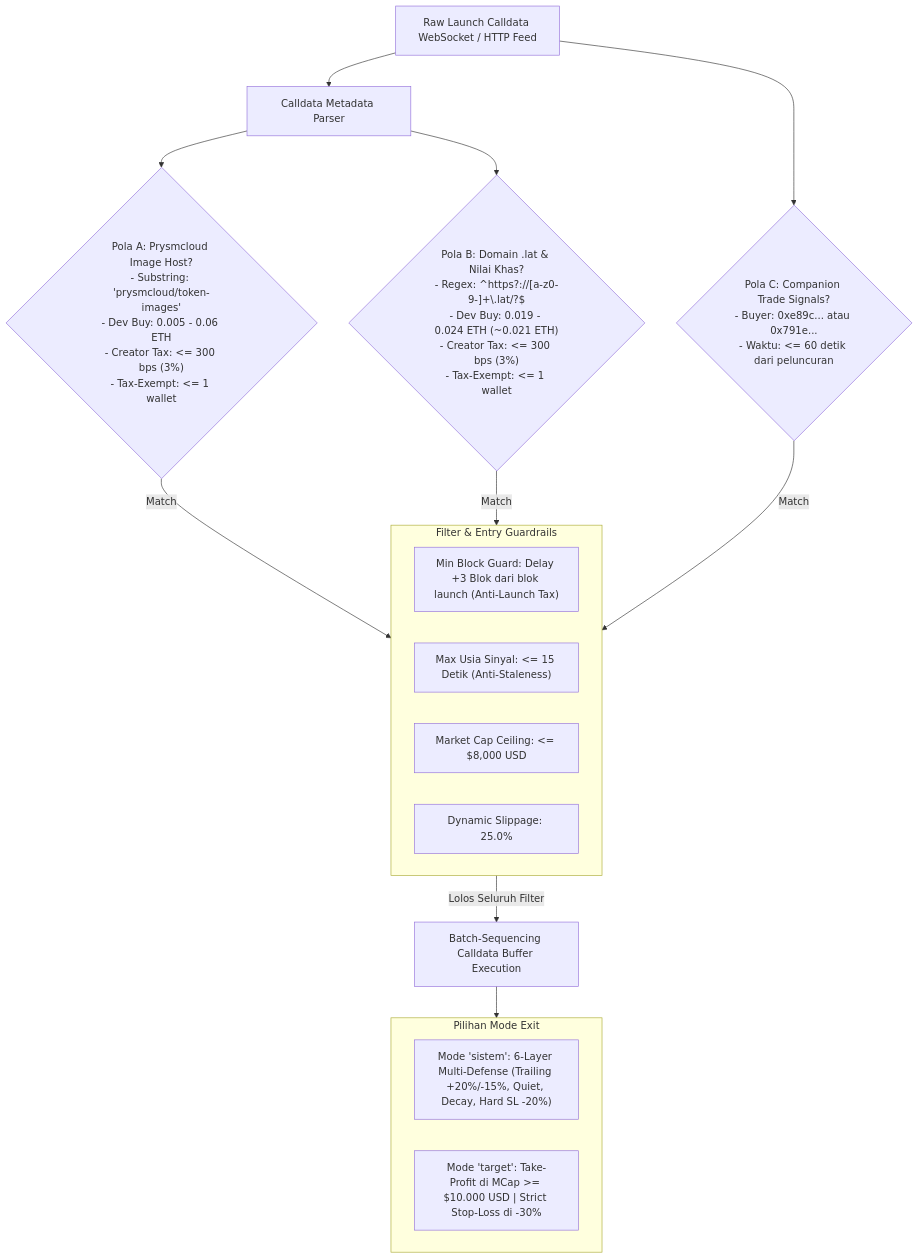
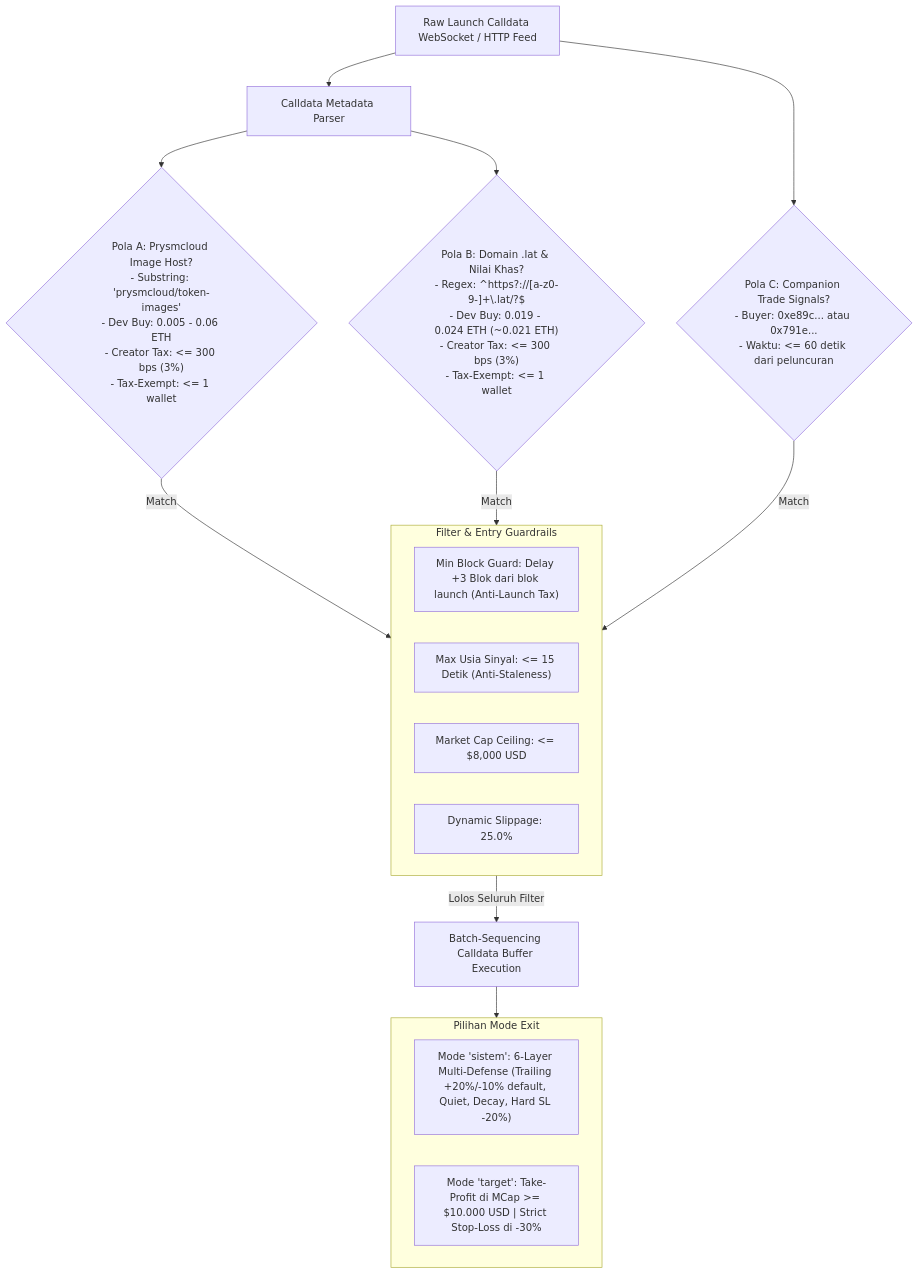
Before and after one commit to yoghaf/autotradesniper: the second of 3 diagrams in README.md, drawn with Mermaid. The commit also changed other lines of this file and 21 other files, not shown here.

````diff
--- a/README.md
+++ b/README.md
@@ -112,28 +112,28 @@
 ```mermaid
 flowchart TD
     FEED[Raw Launch Calldata WebSocket / HTTP Feed] --> PARSER[Calldata Metadata Parser]
     
     PARSER --> POLA_A{"Pola A: Prysmcloud Image Host?<br/>- Substring: 'prysmcloud/token-images'<br/>- Dev Buy: 0.005 - 0.06 ETH<br/>- Creator Tax: <= 300 bps (3%)<br/>- Tax-Exempt: <= 1 wallet"}
     PARSER --> POLA_B{"Pola B: Domain .lat & Nilai Khas?<br/>- Regex: ^https?://[a-z0-9-]+\.lat/?$<br/>- Dev Buy: 0.019 - 0.024 ETH (~0.021 ETH)<br/>- Creator Tax: <= 300 bps (3%)<br/>- Tax-Exempt: <= 1 wallet"}
     FEED --> POLA_C{"Pola C: Companion Trade Signals?<br/>- Buyer: 0xe89c... atau 0x791e...<br/>- Waktu: <= 60 detik dari peluncuran"}
     
     POLA_A -- Match --> GUARD
     POLA_B -- Match --> GUARD
     POLA_C -- Match --> GUARD
 
     subgraph GUARD [Filter & Entry Guardrails]
         G1["Min Block Guard: Delay +3 Blok dari blok launch (Anti-Launch Tax)"]
         G2["Max Usia Sinyal: <= 15 Detik (Anti-Staleness)"]
         G3["Market Cap Ceiling: <= $8,000 USD"]
         G4["Dynamic Slippage: 25.0%"]
     end
 
     GUARD -- Lolos Seluruh Filter --> DISPATCH[Batch-Sequencing Calldata Buffer Execution]
 
     subgraph EXITS [Pilihan Mode Exit]
-        MODE_SYS["Mode 'sistem': 6-Layer Multi-Defense (Trailing +20%/-15%, Quiet, Decay, Hard SL -20%)"]
+        MODE_SYS["Mode 'sistem': 6-Layer Multi-Defense (Trailing +20%/-10% default, Quiet, Decay, Hard SL -20%)"]
         MODE_TGT["Mode 'target': Take-Profit di MCap >= $10.000 USD | Strict Stop-Loss di -30%"]
     end
 
     DISPATCH --> EXITS
 ```
````
